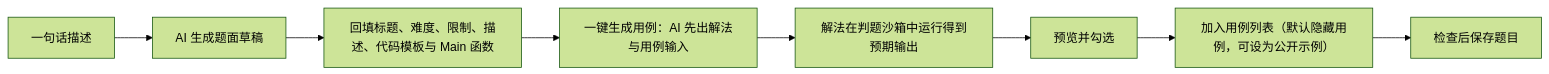
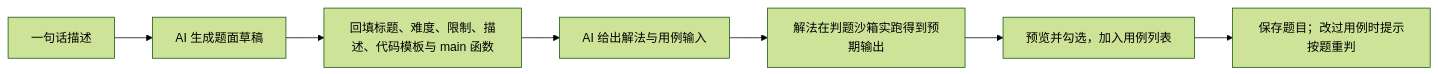
The third of 10 diagrams in README.md (pluchon/online_oj_vue), drawn with Mermaid (forest theme) before and after one commit. The commit also changed other lines of this file and 20 other files, not shown here.

````diff
--- a/README.md
+++ b/README.md
@@ -131,10 +154,9 @@
 ```mermaid
 flowchart LR
     Desc["一句话描述"] --> Draft["AI 生成题面草稿"]
-    Draft --> Fill["回填标题、难度、限制、描述、代码模板与 Main 函数"]
-    Fill --> Gen["一键生成用例：AI 先出解法与用例输入"]
-    Gen --> Run["解法在判题沙箱中运行得到预期输出"]
-    Run --> Preview["预览并勾选"]
-    Preview --> Append["加入用例列表（默认隐藏用例，可设为公开示例）"]
-    Append --> Save["检查后保存题目"]
+    Draft --> Fill["回填标题、难度、限制、描述、代码模板与 main 函数"]
+    Fill --> Gen["AI 给出解法与用例输入"]
+    Gen --> Run["解法在判题沙箱实跑得到预期输出"]
+    Run --> Pick["预览并勾选，加入用例列表"]
+    Pick --> Save["保存题目；改过用例时提示按题重判"]
 ```
````
